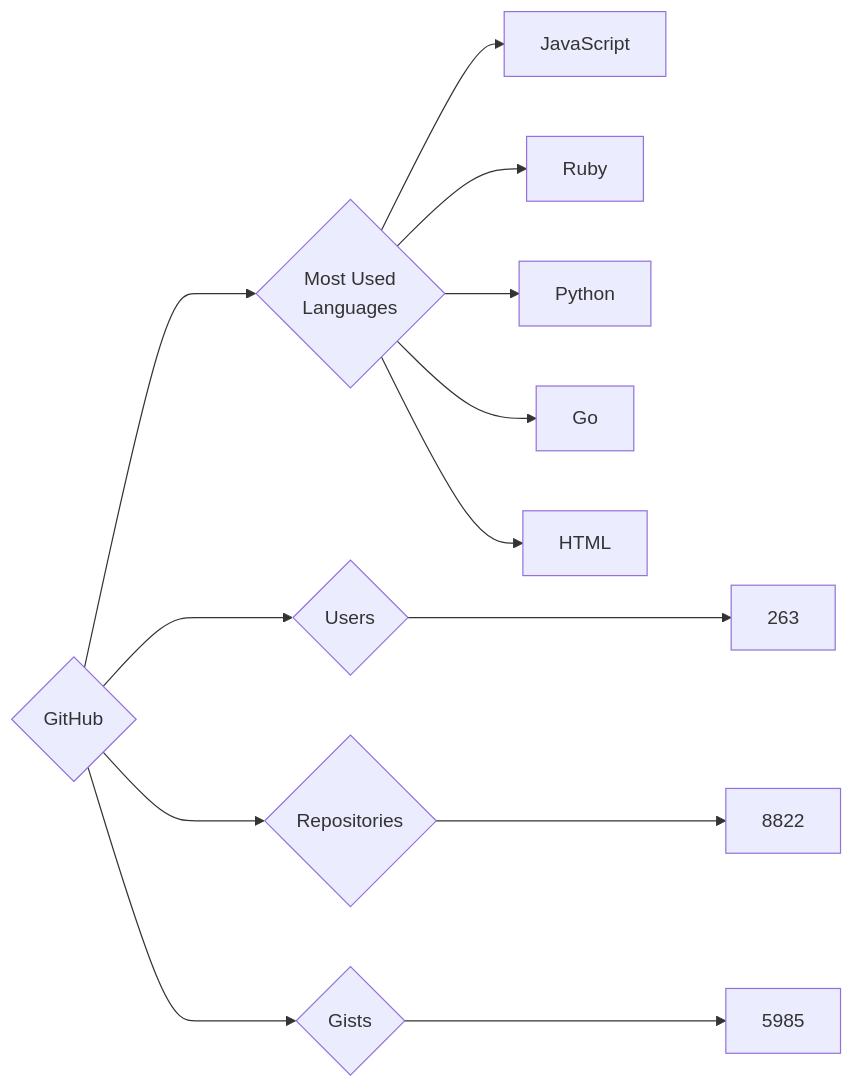
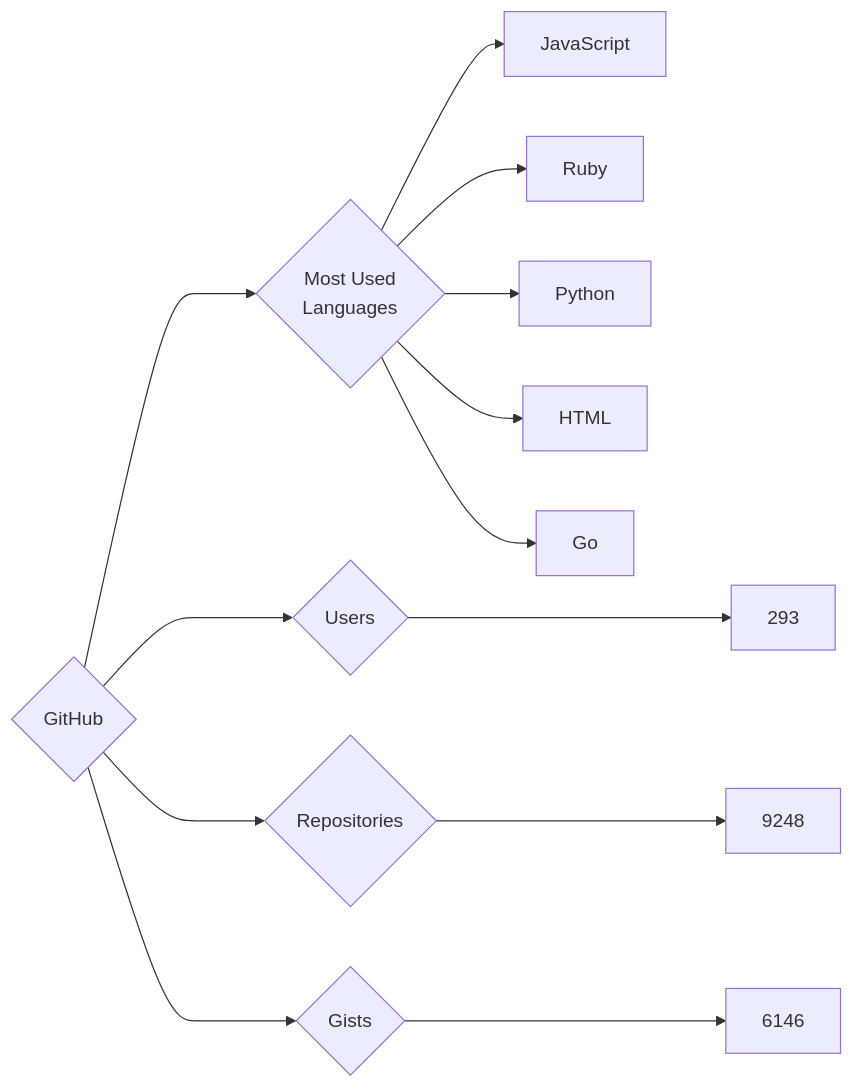
Before and after one commit to trickest/insiders: the diagram in targets/GitHub/README.md, drawn with Mermaid. The commit also changed 682 other files, not shown here.

````diff
--- a/targets/GitHub/README.md
+++ b/targets/GitHub/README.md
@@ -3,13 +3,13 @@
 ```mermaid
 graph LR
 COMPANY_NAME{GitHub}
-COMPANY_NAME ---> U{Users} ---> UN[263]
-COMPANY_NAME ---> R{Repositories} ---> RN[8822]
-COMPANY_NAME ---> G{Gists} ---> GN[5985]
+COMPANY_NAME ---> U{Users} ---> UN[293]
+COMPANY_NAME ---> R{Repositories} ---> RN[9248]
+COMPANY_NAME ---> G{Gists} ---> GN[6146]
 COMPANY_NAME ---> ML{Most Used<br>Languages}
 ML --> JavaScript[JavaScript]
 ML --> Ruby[Ruby]
 ML --> Python[Python]
+ML --> HTML[HTML]
 ML --> Go[Go]
-ML --> HTML[HTML]
 ```
````
